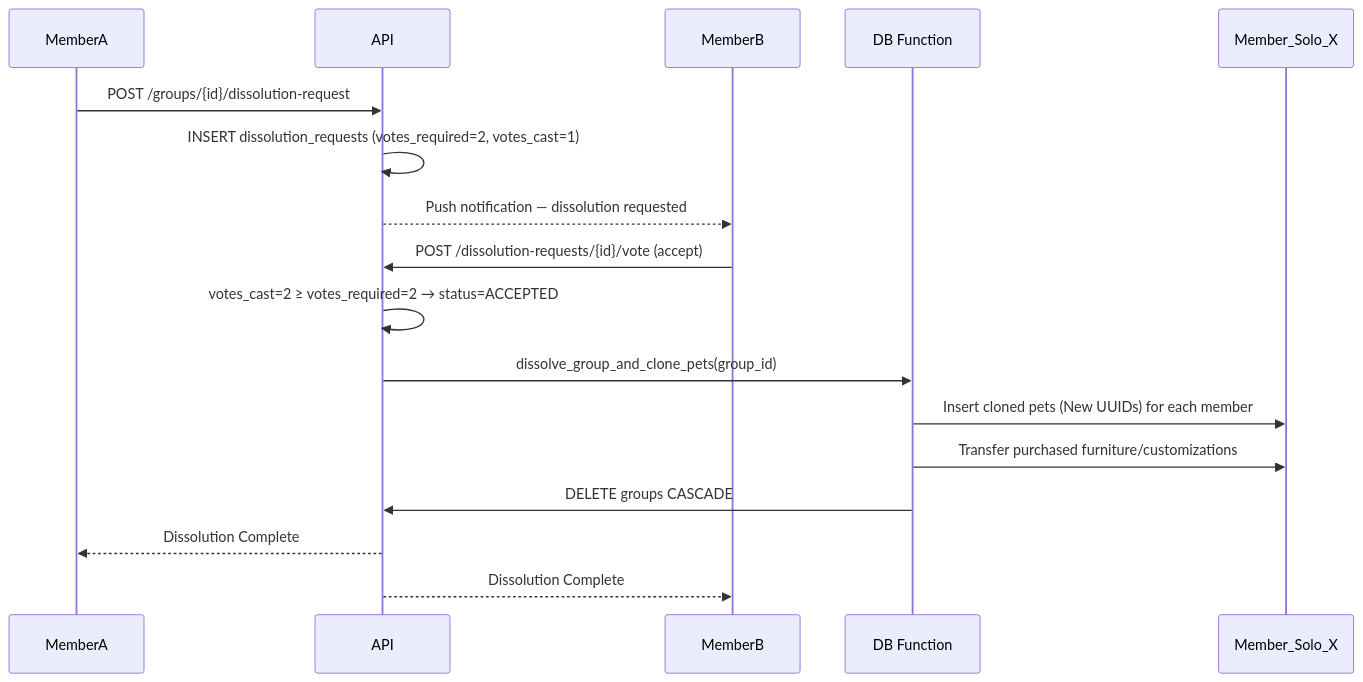
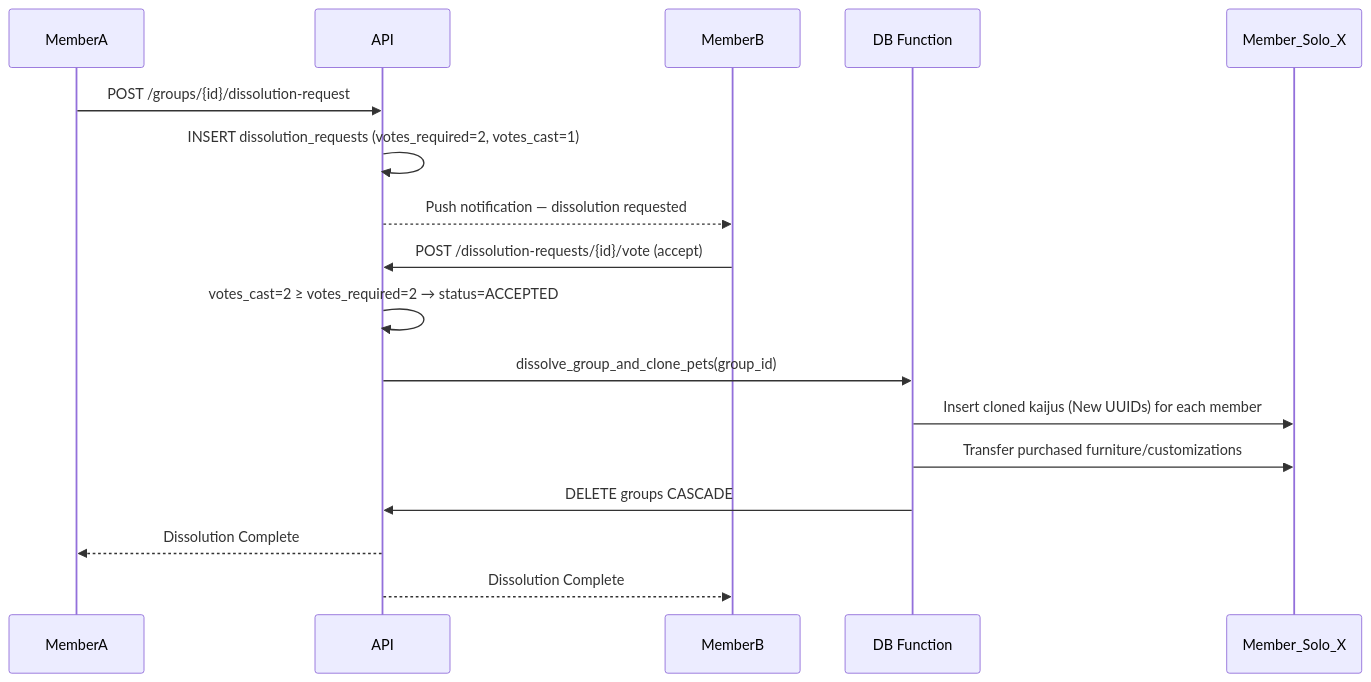
The diagram in Documentation/Ownership/02-group-dissolution-and-cloning.md (TheMrCorvy/HATCH.REF), drawn with Mermaid before and after one commit. The commit also changed other lines of this file and 47 other files, not shown here.

````diff
--- a/Documentation/Ownership/02-group-dissolution-and-cloning.md
+++ b/Documentation/Ownership/02-group-dissolution-and-cloning.md
@@ -27,20 +27,20 @@
 ```mermaid
 sequenceDiagram
     participant MemberA
     participant API
     participant MemberB
     participant DB Function
     participant Member_Solo_X
 
     MemberA->>API: POST /groups/{id}/dissolution-request
     API->>API: INSERT dissolution_requests (votes_required=2, votes_cast=1)
     API-->>MemberB: Push notification — dissolution requested
     MemberB->>API: POST /dissolution-requests/{id}/vote (accept)
     API->>API: votes_cast=2 ≥ votes_required=2 → status=ACCEPTED
     API->>DB Function: dissolve_group_and_clone_pets(group_id)
-    DB Function->>Member_Solo_X: Insert cloned pets (New UUIDs) for each member
+    DB Function->>Member_Solo_X: Insert cloned kaijus (New UUIDs) for each member
     DB Function->>Member_Solo_X: Transfer purchased furniture/customizations
     DB Function->>API: DELETE groups CASCADE
     API-->>MemberA: Dissolution Complete
     API-->>MemberB: Dissolution Complete
 ```
````
